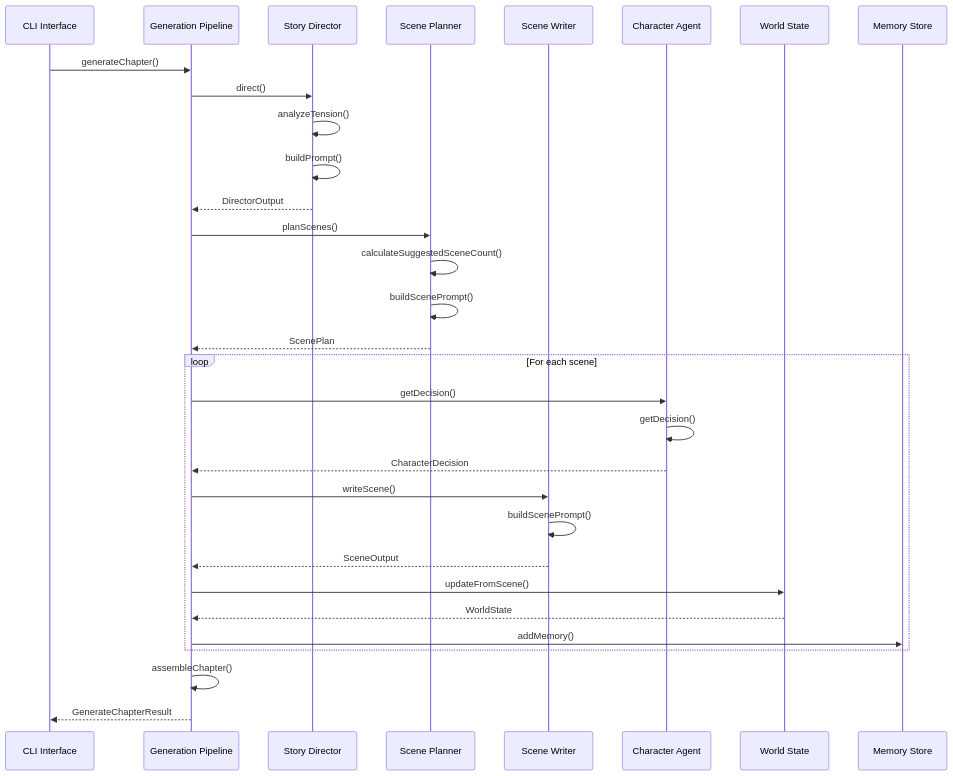
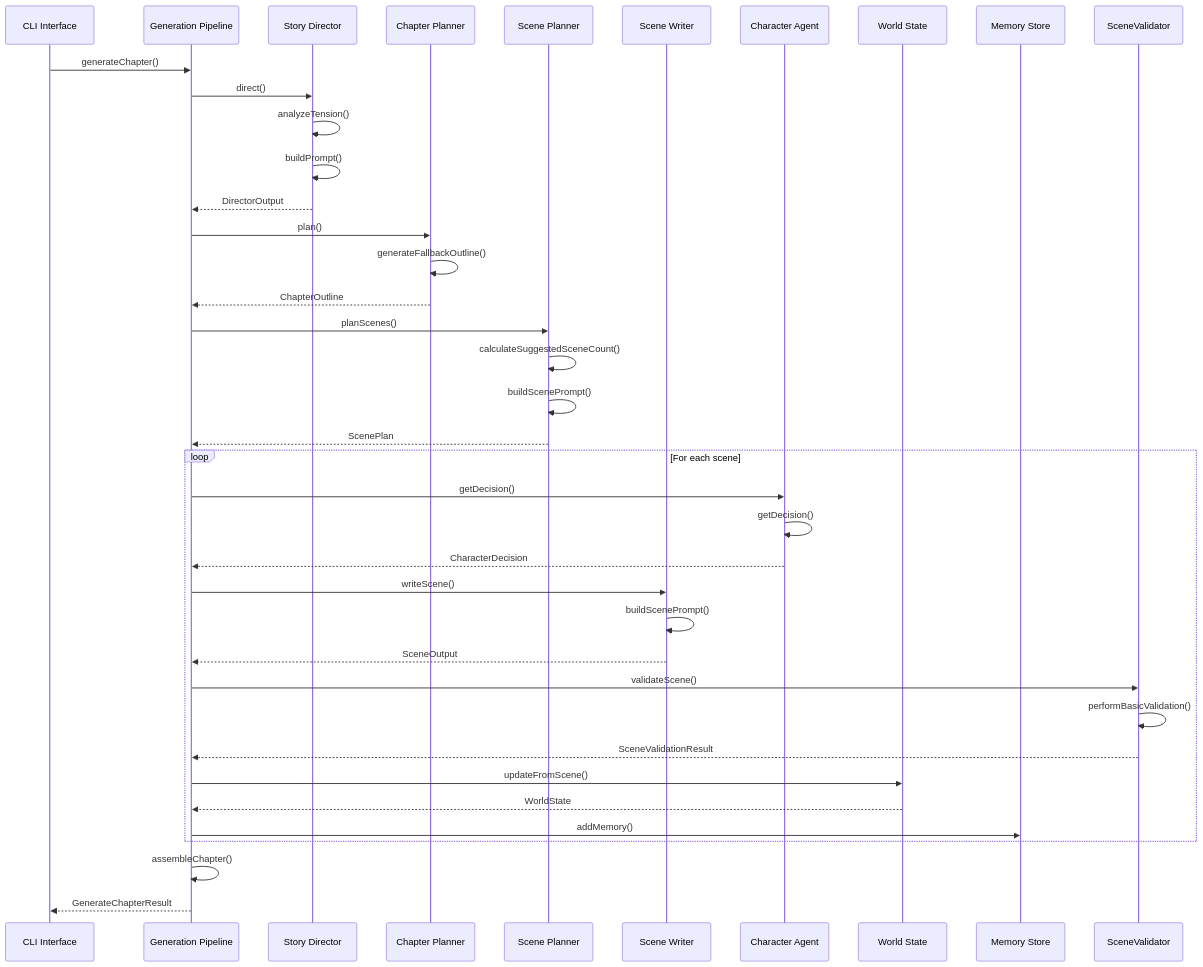
The tenth of 14 diagrams in .qoder/repowiki/en/content/AI Agent System/Enhanced Scene Planning System.md (liwonder/NARRITIVE_OS), drawn with Mermaid before and after one commit. The commit also changed other lines of this file and 14 other files, not shown here.

````diff
--- a/.qoder/repowiki/en/content/AI Agent System/Enhanced Scene Planning System.md
+++ b/.qoder/repowiki/en/content/AI Agent System/Enhanced Scene Planning System.md
@@ -302,33 +453,40 @@
 ```mermaid
 sequenceDiagram
 participant CLI as CLI Interface
 participant Pipeline as Generation Pipeline
 participant Director as Story Director
-participant Planner as Scene Planner
+participant Planner as Chapter Planner
+participant ScenePlanner as Scene Planner
 participant Writer as Scene Writer
 participant Agent as Character Agent
 participant World as World State
 participant Memory as Memory Store
 CLI->>Pipeline : generateChapter()
 Pipeline->>Director : direct()
 Director->>Director : analyzeTension()
 Director->>Director : buildPrompt()
 Director-->>Pipeline : DirectorOutput
-Pipeline->>Planner : planScenes()
-Planner->>Planner : calculateSuggestedSceneCount()
-Planner->>Planner : buildScenePrompt()
-Planner-->>Pipeline : ScenePlan
+Pipeline->>Planner : plan()
+Planner->>Planner : generateFallbackOutline()
+Planner-->>Pipeline : ChapterOutline
+Pipeline->>ScenePlanner : planScenes()
+ScenePlanner->>ScenePlanner : calculateSuggestedSceneCount()
+ScenePlanner->>ScenePlanner : buildScenePrompt()
+ScenePlanner-->>Pipeline : ScenePlan
 loop For each scene
 Pipeline->>Agent : getDecision()
 Agent->>Agent : getDecision()
 Agent-->>Pipeline : CharacterDecision
 Pipeline->>Writer : writeScene()
 Writer->>Writer : buildScenePrompt()
 Writer-->>Pipeline : SceneOutput
+Pipeline->>SceneValidator : validateScene()
+SceneValidator->>SceneValidator : performBasicValidation()
+SceneValidator-->>Pipeline : SceneValidationResult
 Pipeline->>World : updateFromScene()
 World-->>Pipeline : WorldState
 Pipeline->>Memory : addMemory()
 end
 Pipeline->>Pipeline : assembleChapter()
 Pipeline-->>CLI : GenerateChapterResult
 ```
````
